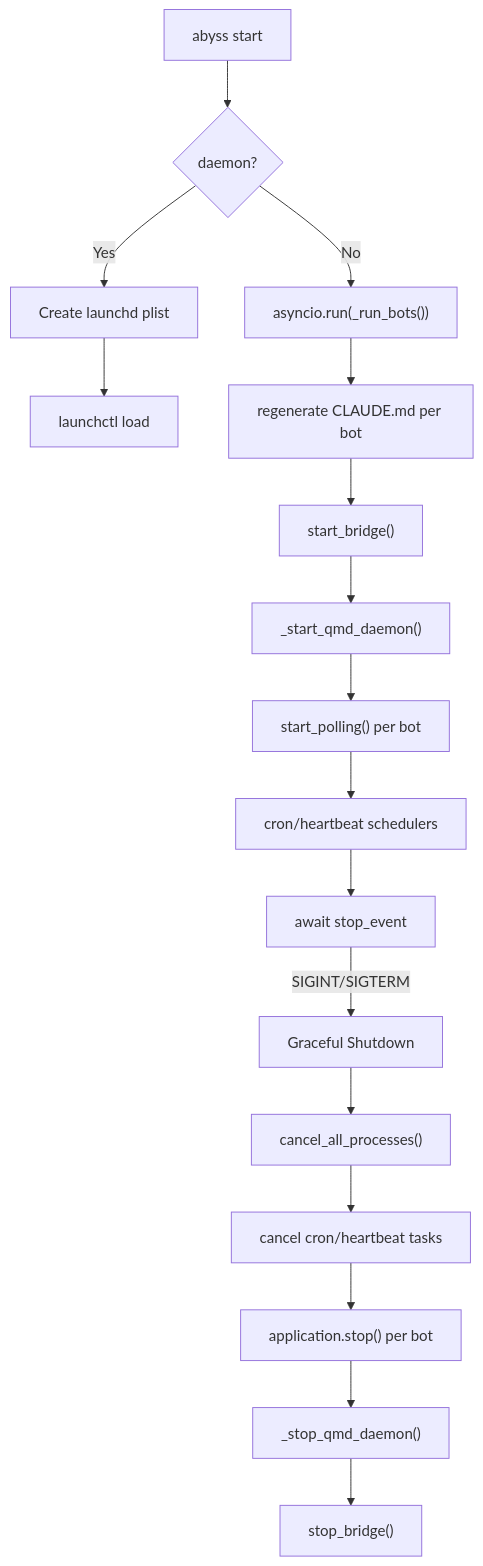
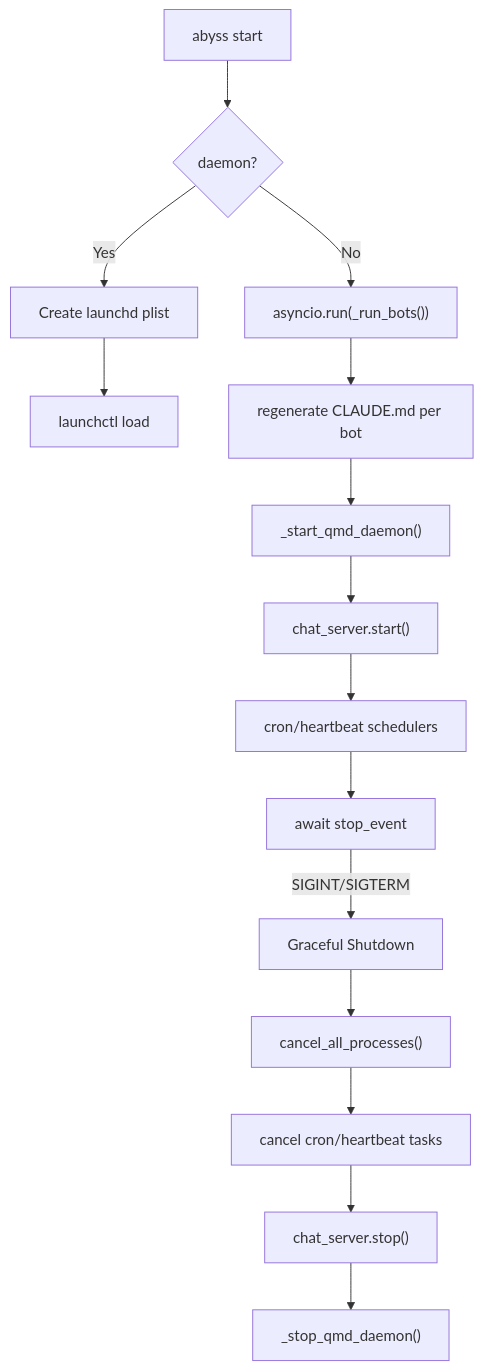
One commit to heg-wtf/abyss changed the fourth of 9 diagrams in docs/ARCHITECTURE.md. Above: the diagram before and after it, drawn with Mermaid. The commit also changed other lines of this file and 4 other files, not shown here.

````diff
--- a/docs/ARCHITECTURE.md
+++ b/docs/ARCHITECTURE.md
@@ -457,21 +430,19 @@
 ```mermaid
 graph TD
     START["abyss start"] --> MODE{daemon?}
     MODE -->|No| FG["asyncio.run(_run_bots())"]
     MODE -->|Yes| PLIST["Create launchd plist"]
     PLIST --> LOAD["launchctl load"]
 
     FG --> REGEN["regenerate CLAUDE.md per bot"]
-    REGEN --> BRIDGE["start_bridge()"]
-    BRIDGE --> QMD["_start_qmd_daemon()"]
-    QMD --> POLL["start_polling() per bot"]
-    POLL --> CRON["cron/heartbeat schedulers"]
+    REGEN --> QMD["_start_qmd_daemon()"]
+    QMD --> SRV["chat_server.start()"]
+    SRV --> CRON["cron/heartbeat schedulers"]
     CRON --> WAIT["await stop_event"]
 
     WAIT -->|SIGINT/SIGTERM| SHUT["Graceful Shutdown"]
     SHUT --> K1["cancel_all_processes()"]
     K1 --> K2["cancel cron/heartbeat tasks"]
-    K2 --> K3["application.stop() per bot"]
+    K2 --> K3["chat_server.stop()"]
     K3 --> K4["_stop_qmd_daemon()"]
-    K4 --> K5["stop_bridge()"]
 ```
````
